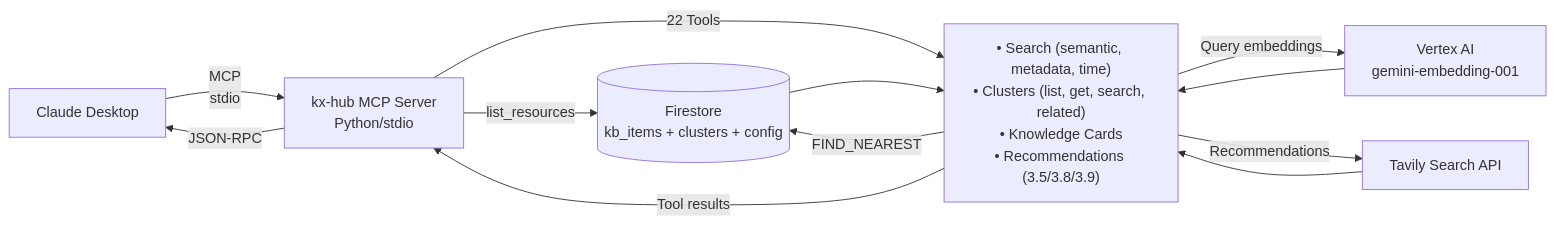
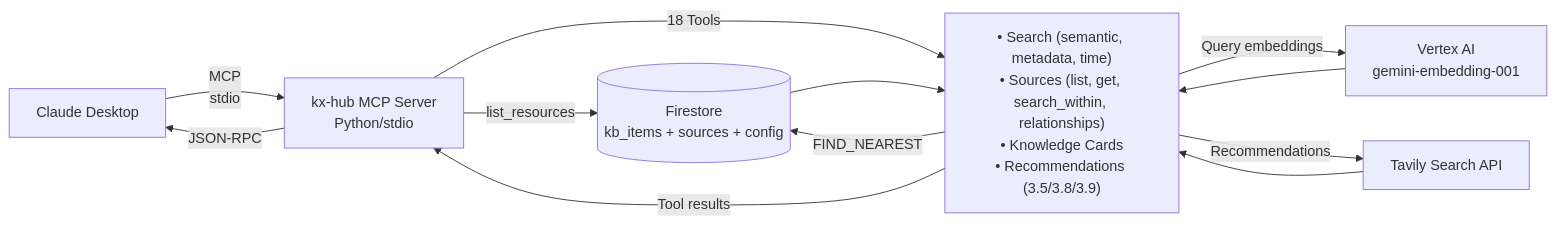
Before and after one commit to chrismmuc/kx-hub: the third of 4 diagrams in docs/architecture.md, drawn with Mermaid. The commit also changed other lines of this file and 3 other files, not shown here.

````diff
--- a/docs/architecture.md
+++ b/docs/architecture.md
@@ -89,19 +89,19 @@
 ```mermaid
 flowchart LR
   CD[Claude Desktop]
   CD -->|MCP<br/>stdio| MCP[kx-hub MCP Server<br/>Python/stdio]
 
-  MCP -->|list_resources| FS[(Firestore<br/>kb_items + clusters + config)]
-  MCP -->|22 Tools| MCP_TOOLS["• Search (semantic, metadata, time)<br/>• Clusters (list, get, search, related)<br/>• Knowledge Cards<br/>• Recommendations (3.5/3.8/3.9)"]
+  MCP -->|list_resources| FS[(Firestore<br/>kb_items + sources + config)]
+  MCP -->|18 Tools| MCP_TOOLS["• Search (semantic, metadata, time)<br/>• Sources (list, get, search_within, relationships)<br/>• Knowledge Cards<br/>• Recommendations (3.5/3.8/3.9)"]
 
   MCP_TOOLS -->|Query embeddings| V_EMB[Vertex AI<br/>gemini-embedding-001]
   MCP_TOOLS -->|FIND_NEAREST| FS
   MCP_TOOLS -->|Recommendations| TAVILY[Tavily Search API]
 
   V_EMB --> MCP_TOOLS
   FS --> MCP_TOOLS
   TAVILY --> MCP_TOOLS
 
   MCP_TOOLS -->|Tool results| MCP
   MCP -->|JSON-RPC| CD
 ```
````
